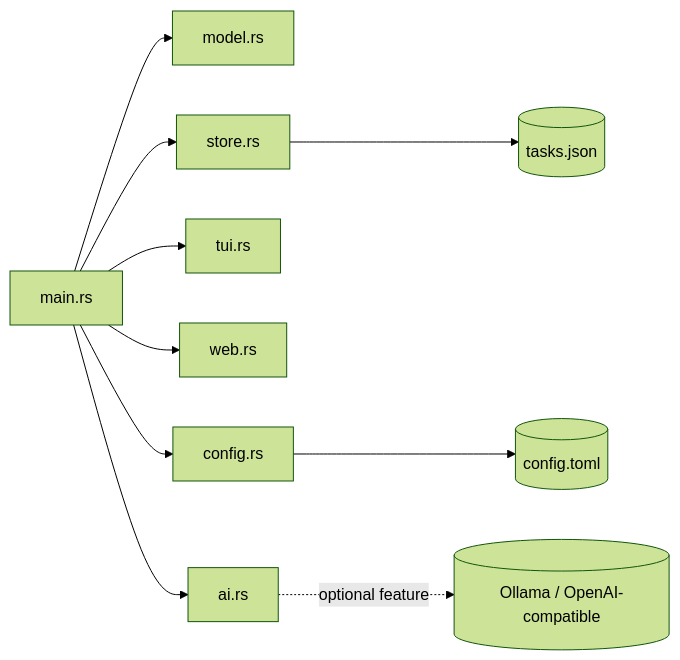
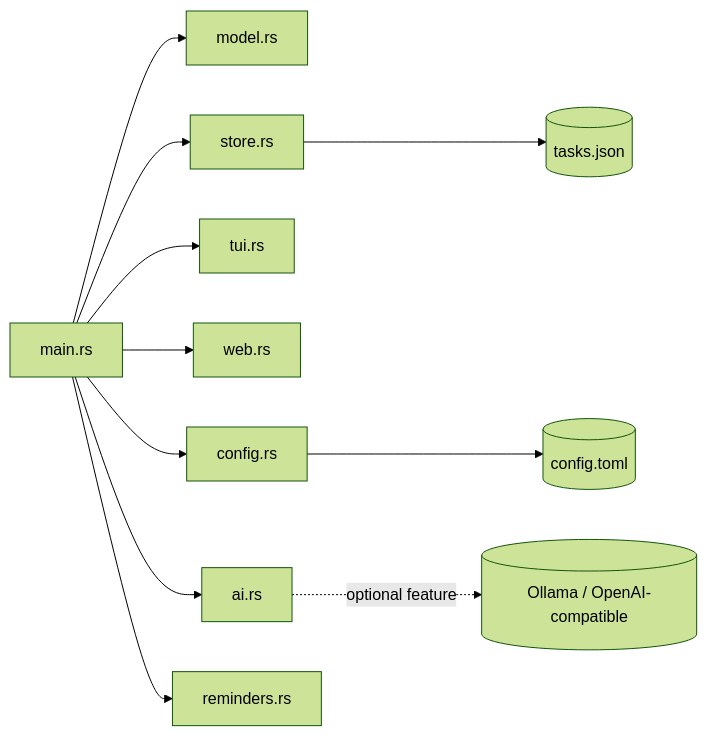
One commit to peekstore/tasklynx changed the diagram in docs/architecture.md. Above: the diagram before and after it, drawn with Mermaid (forest theme). The commit also changed other lines of this file and 16 other files, not shown here.

````diff
--- a/docs/architecture.md
+++ b/docs/architecture.md
@@ -20,12 +23,13 @@
 ```mermaid
 graph LR
   CLI[main.rs] --> Model[model.rs]
   CLI --> Store[store.rs]
   CLI --> TUI[tui.rs]
   CLI --> Web[web.rs]
   CLI --> Config[config.rs]
   CLI --> AI[ai.rs]
+  CLI --> Reminders[reminders.rs]
   Store --> JSON[(tasks.json)]
   Config --> TOML[(config.toml)]
   AI -. optional feature .-> Provider[(Ollama / OpenAI-compatible)]
 ```
````
